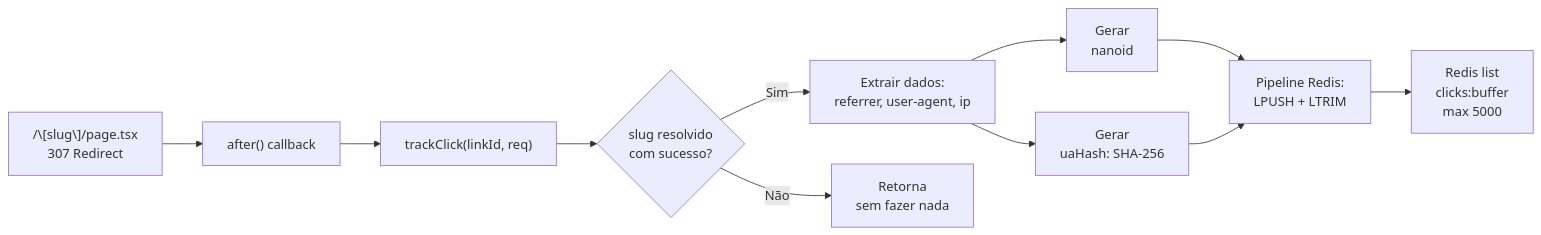
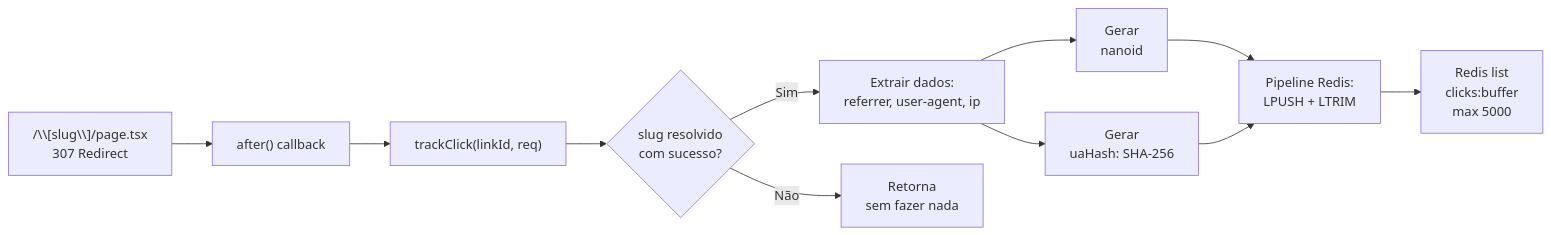
The fifth of 5 diagrams in docs/fluxo-de-dados.md (eduardoaugustolb/encurtador-url), drawn with Mermaid before and after one commit. The commit also changed other lines of this file and 5 other files, not shown here.

Commit message:
docs: fix mermaid syntax errors and add pagination

````diff
--- a/docs/fluxo-de-dados.md
+++ b/docs/fluxo-de-dados.md
@@ -176,13 +176,13 @@
 ```mermaid
 flowchart LR
-    A["/\[slug\]/page.tsx<br>307 Redirect"] --> B["after() callback"]
+    A["/\\[slug\\]/page.tsx<br/>307 Redirect"] --> B["after() callback"]
     B --> C["trackClick(linkId, req)"]
-    C --> D{"slug resolvido<br>com sucesso?"}
-    D -->|Sim| E[Extrair dados:<br>referrer, user-agent, ip]
-    D -->|Não| F[Retorna<br>sem fazer nada]
-    E --> G[Gerar<br>nanoid]
-    E --> H[Gerar<br>uaHash: SHA-256]
-    G --> I[Pipeline Redis:<br>LPUSH + LTRIM]
+    C --> D{"slug resolvido<br/>com sucesso?"}
+    D -->|Sim| E["Extrair dados:<br/>referrer, user-agent, ip"]
+    D -->|Não| F["Retorna<br/>sem fazer nada"]
+    E --> G["Gerar<br/>nanoid"]
+    E --> H["Gerar<br/>uaHash: SHA-256"]
+    G --> I["Pipeline Redis:<br/>LPUSH + LTRIM"]
     H --> I
-    I --> J[Redis list<br>clicks:buffer<br>max 5000]
+    I --> J["Redis list<br/>clicks:buffer<br/>max 5000"]
 ```
````
